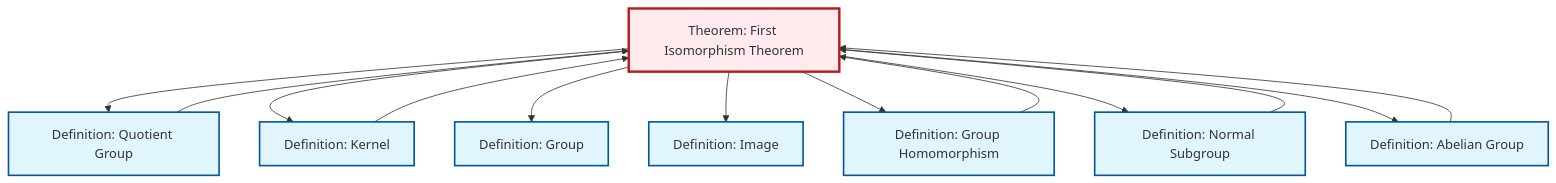
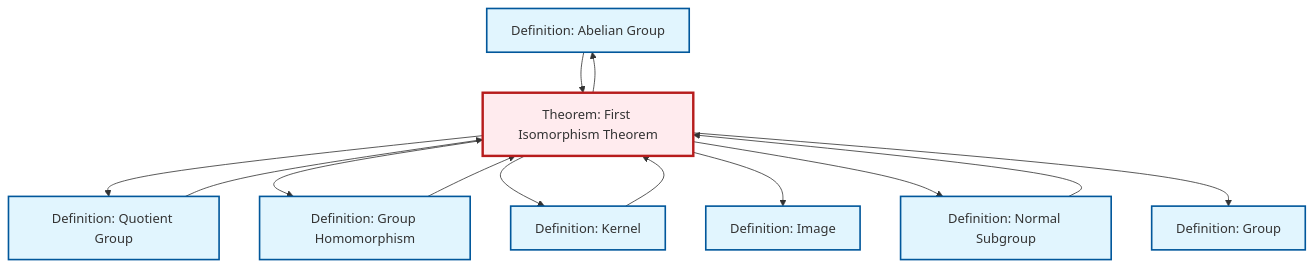
One commit to RK0429/ModernMath changed the diagram in content/ja/algebra/thm-first-isomorphism.qmd. Above: the diagram before and after it, drawn with Mermaid. The commit also changed other lines of this file and 491 other files, not shown here.

````diff
--- a/content/ja/algebra/thm-first-isomorphism.qmd
+++ b/content/ja/algebra/thm-first-isomorphism.qmd
@@ -101,37 +101,37 @@
 ```{mermaid}
 %%| fig-cap: "Local dependency graph"
 graph TD
     classDef definition fill:#e1f5fe,stroke:#01579b,stroke-width:2px
     classDef theorem fill:#f3e5f5,stroke:#4a148c,stroke-width:2px
     classDef axiom fill:#fff3e0,stroke:#e65100,stroke-width:2px
     classDef example fill:#e8f5e9,stroke:#1b5e20,stroke-width:2px
     classDef current fill:#ffebee,stroke:#b71c1c,stroke-width:3px
+    def-abelian-group["Definition: Abelian Group"]:::definition
+    def-kernel["Definition: Kernel"]:::definition
     thm-first-isomorphism["Theorem: First Isomorphism Theorem"]:::theorem
+    def-normal-subgroup["Definition: Normal Subgroup"]:::definition
+    def-group["Definition: Group"]:::definition
     def-homomorphism["Definition: Group Homomorphism"]:::definition
     def-image["Definition: Image"]:::definition
-    def-kernel["Definition: Kernel"]:::definition
-    def-group["Definition: Group"]:::definition
-    def-abelian-group["Definition: Abelian Group"]:::definition
-    def-normal-subgroup["Definition: Normal Subgroup"]:::definition
     def-quotient-group["Definition: Quotient Group"]:::definition
+    thm-first-isomorphism --> def-quotient-group
+    thm-first-isomorphism --> def-homomorphism
+    def-homomorphism --> thm-first-isomorphism
+    thm-first-isomorphism --> def-kernel
+    thm-first-isomorphism --> def-image
+    thm-first-isomorphism --> def-normal-subgroup
+    def-normal-subgroup --> thm-first-isomorphism
     def-quotient-group --> thm-first-isomorphism
-    thm-first-isomorphism --> def-quotient-group
-    thm-first-isomorphism --> def-kernel
-    def-normal-subgroup --> thm-first-isomorphism
+    thm-first-isomorphism --> def-group
     def-kernel --> thm-first-isomorphism
-    thm-first-isomorphism --> def-group
-    thm-first-isomorphism --> def-image
-    thm-first-isomorphism --> def-homomorphism
-    thm-first-isomorphism --> def-normal-subgroup
+    thm-first-isomorphism --> def-abelian-group
     def-abelian-group --> thm-first-isomorphism
-    thm-first-isomorphism --> def-abelian-group
-    def-homomorphism --> thm-first-isomorphism
     class thm-first-isomorphism current
+    click def-abelian-group "def-abelian-group.html" "Definition: Abelian Groupへ"
+    click def-kernel "def-kernel.html" "Definition: Kernelへ"
+    click def-normal-subgroup "def-normal-subgroup.html" "Definition: Normal Subgroupへ"
+    click def-group "def-group.html" "Definition: Groupへ"
     click def-homomorphism "def-homomorphism.html" "Definition: Group Homomorphismへ"
     click def-image "def-image.html" "Definition: Imageへ"
-    click def-kernel "def-kernel.html" "Definition: Kernelへ"
-    click def-group "def-group.html" "Definition: Groupへ"
-    click def-abelian-group "def-abelian-group.html" "Definition: Abelian Groupへ"
-    click def-normal-subgroup "def-normal-subgroup.html" "Definition: Normal Subgroupへ"
     click def-quotient-group "def-quotient-group.html" "Definition: Quotient Groupへ"
 ```
````
